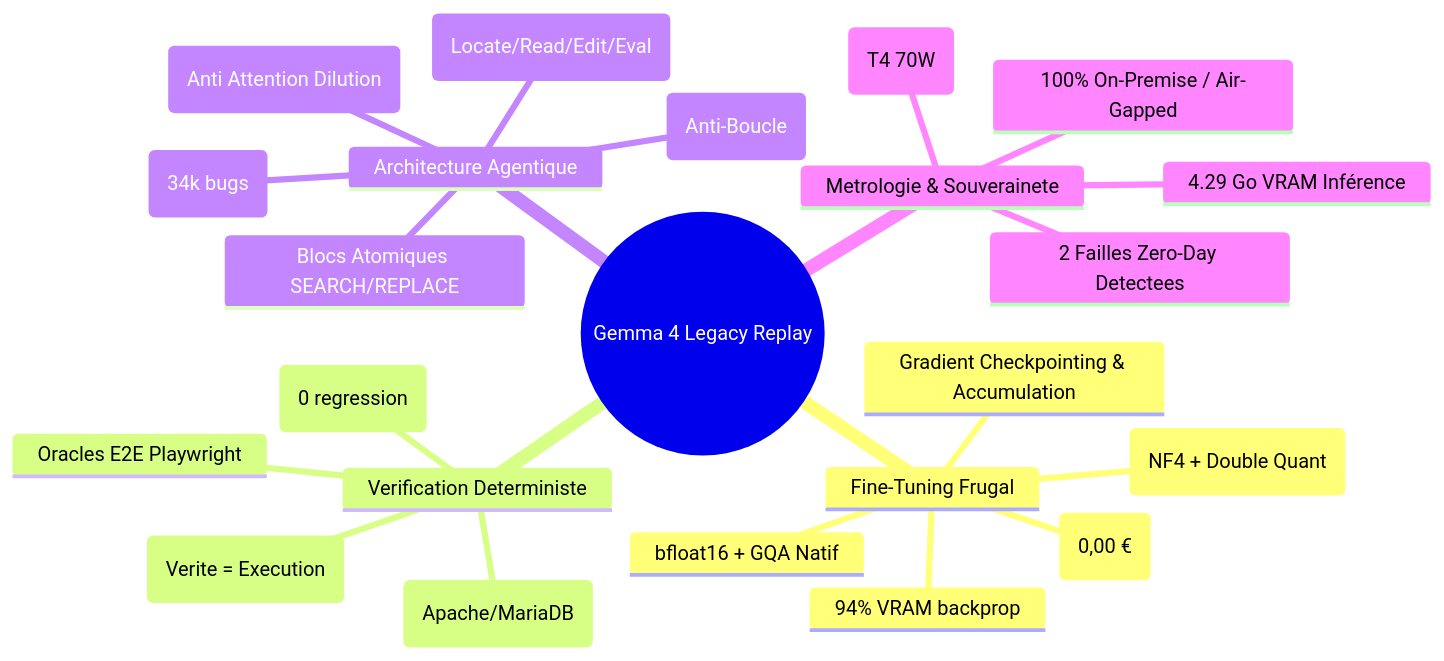
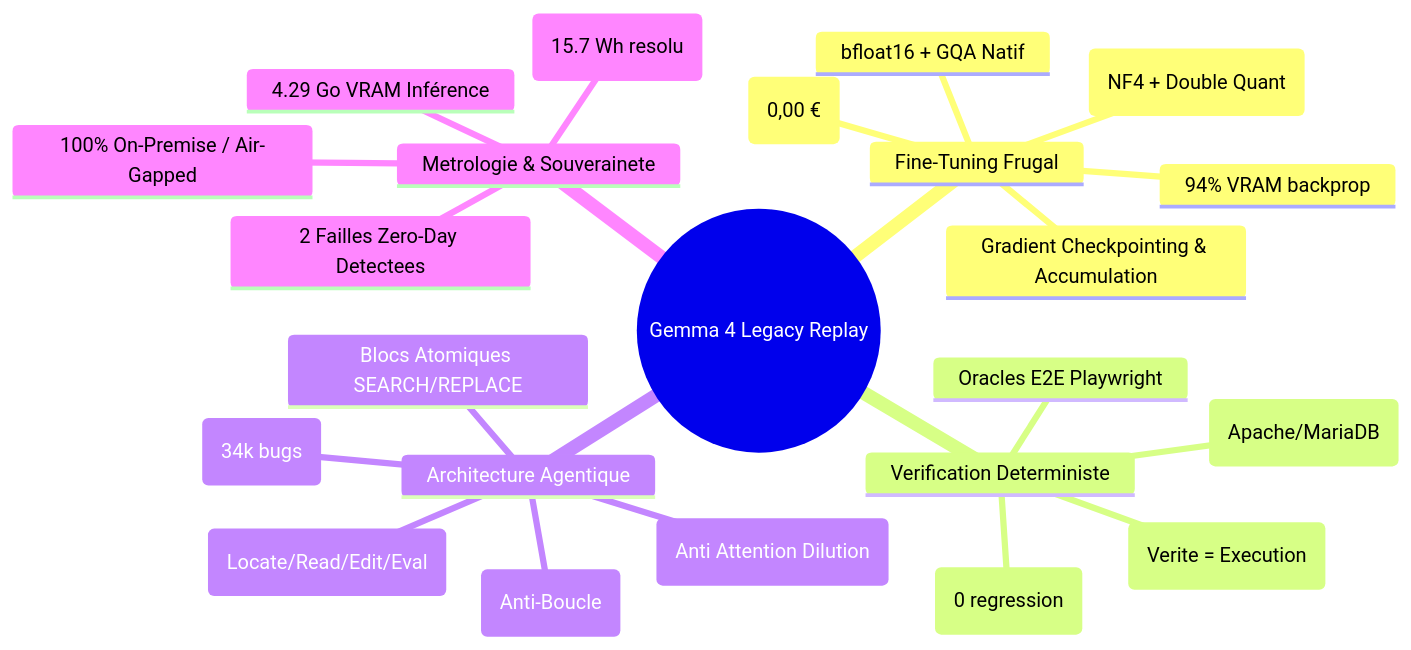
The eighth of 8 diagrams in docs/GLOSSAIRE_LLM_ET_FINETUNING.md (ba-rem26007/gemma4-legacy-replay), drawn with Mermaid before and after one commit. The commit also changed other lines of this file and 1 other file, not shown here.

Commit message:
fix: harmonize energy chart, test count, and glossaire definitions with audit rules

````diff
--- a/docs/GLOSSAIRE_LLM_ET_FINETUNING.md
+++ b/docs/GLOSSAIRE_LLM_ET_FINETUNING.md
@@ -255,26 +255,26 @@
 ```mermaid
 mindmap
   root((Gemma 4 Legacy Replay))
     Fine-Tuning Frugal
       PEFT / QLoRA 4-bit (NF4 + Double Quant)
       ChunkedLossTrainer (-94% VRAM backprop)
       Gradient Checkpointing & Accumulation
       bfloat16 + GQA Natif
       FFT & Cloud API Rejetes (0,00 €)
     Verification Deterministe
       Bacs a sable Docker (Apache/MariaDB)
       Oracles E2E Playwright
       Sondes Smoke Anti-Regression (0 regression)
       RLHF Humain Rejete (Verite = Execution)
     Architecture Agentique
       Deroule Fixe 4 Tours (Locate/Read/Edit/Eval)
       Fenetrage TF-IDF (Anti Attention Dilution)
       Blocs Atomiques SEARCH/REPLACE
       RAG Jurisprudence BM25 (34k bugs)
       ReAct Non-Borne Rejete (Anti-Boucle)
     Metrologie & Souverainete
-      1.91 Wh par bug (T4 70W)
+      1.91 Wh par bug tente (15.7 Wh resolu)
       4.29 Go VRAM Inférence
       100% On-Premise / Air-Gapped
       2 Failles Zero-Day Detectees
 ```
````
